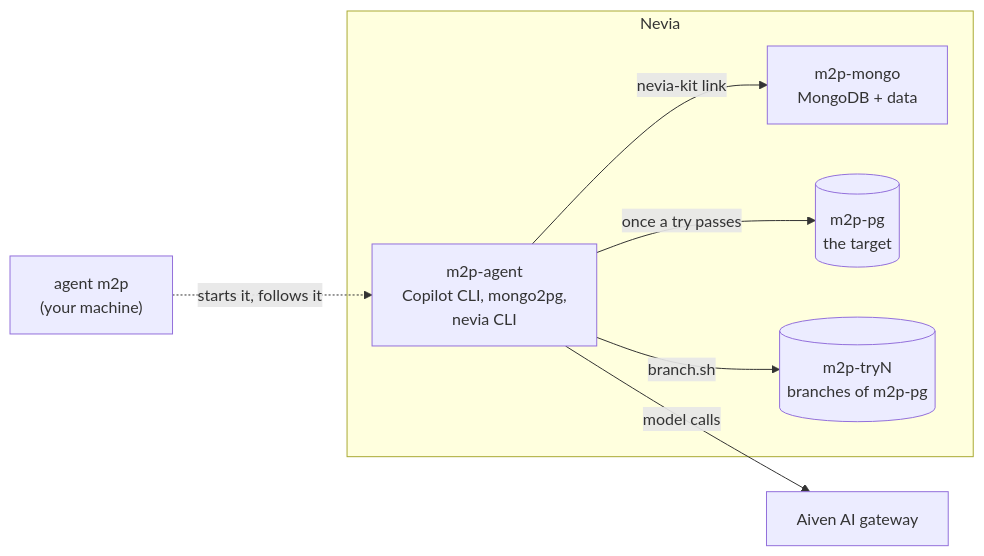
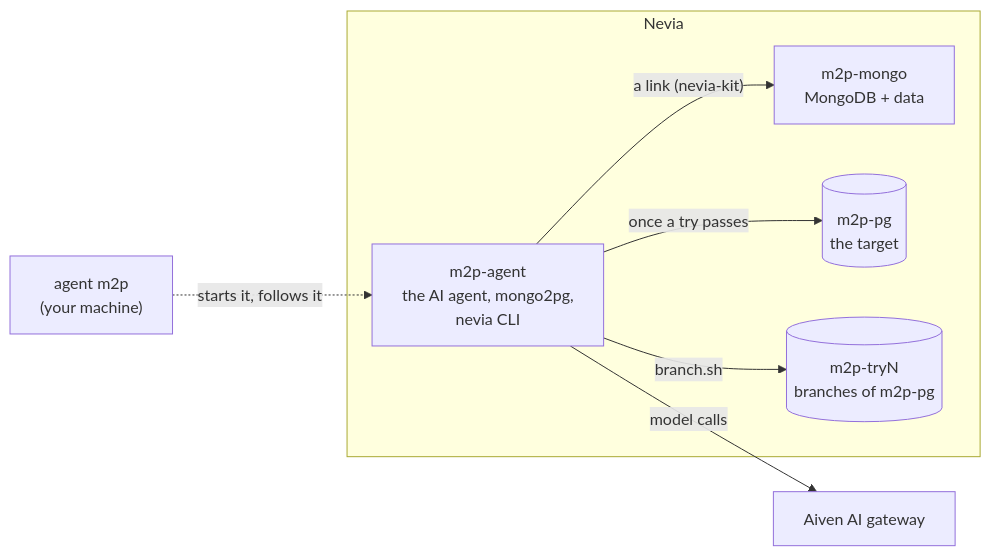
One commit to bertrandcedric/nevia-agent changed the first of 2 diagrams in docs/m2p.md. Above: the diagram before and after it, drawn with Mermaid. The commit also changed other lines of this file and 49 other files, not shown here.

````diff
--- a/docs/m2p.md
+++ b/docs/m2p.md
@@ -19,16 +20,16 @@
 ```mermaid
 flowchart LR
     cli["agent m2p<br/>(your machine)"]
     gateway["Aiven AI gateway"]
     subgraph nevia["Nevia"]
-        agent["m2p-agent<br/>Copilot CLI, mongo2pg,<br/>nevia CLI"]
+        agent["m2p-agent<br/>the AI agent, mongo2pg,<br/>nevia CLI"]
         mongo["m2p-mongo<br/>MongoDB + data"]
         pg[("m2p-pg<br/>the target")]
         branches[("m2p-tryN<br/>branches of m2p-pg")]
     end
     cli -. "starts it, follows it" .-> agent
-    agent -- "nevia-kit link" --> mongo
+    agent -- "a link (nevia-kit)" --> mongo
     agent -- "branch.sh" --> branches
     agent -- "once a try passes" --> pg
     agent -- "model calls" --> gateway
 ```
````
